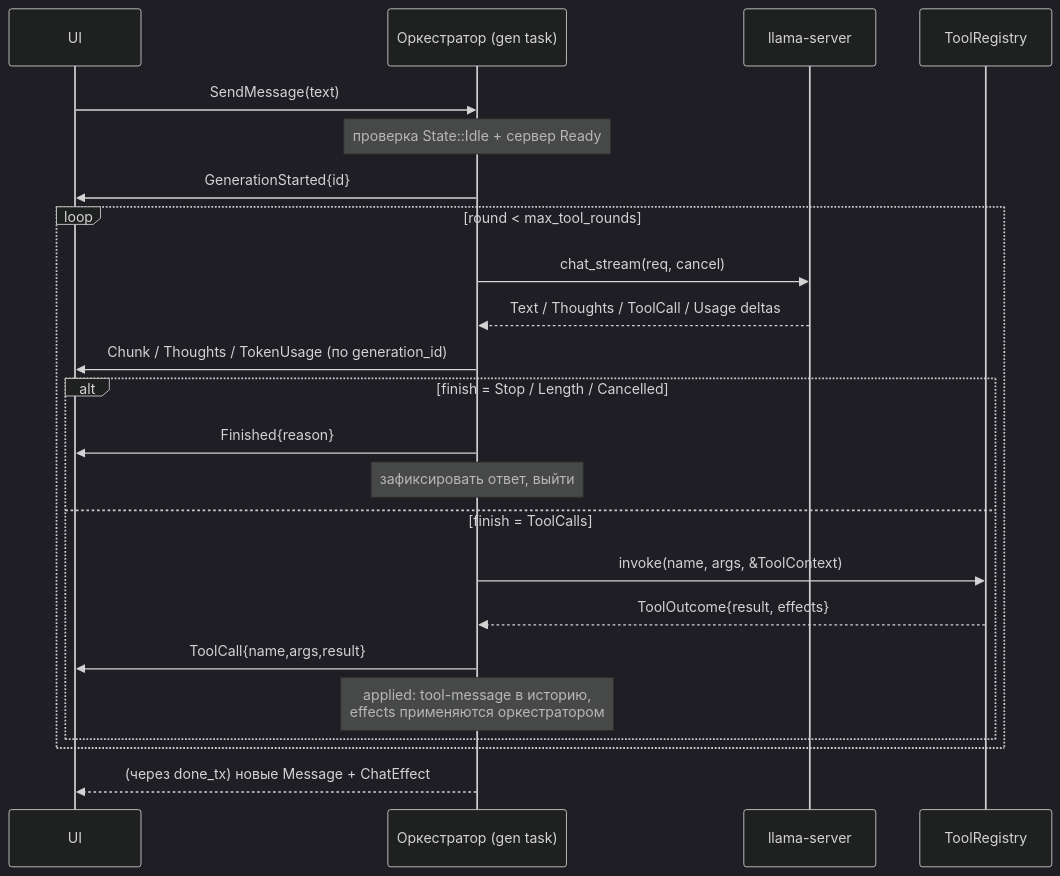
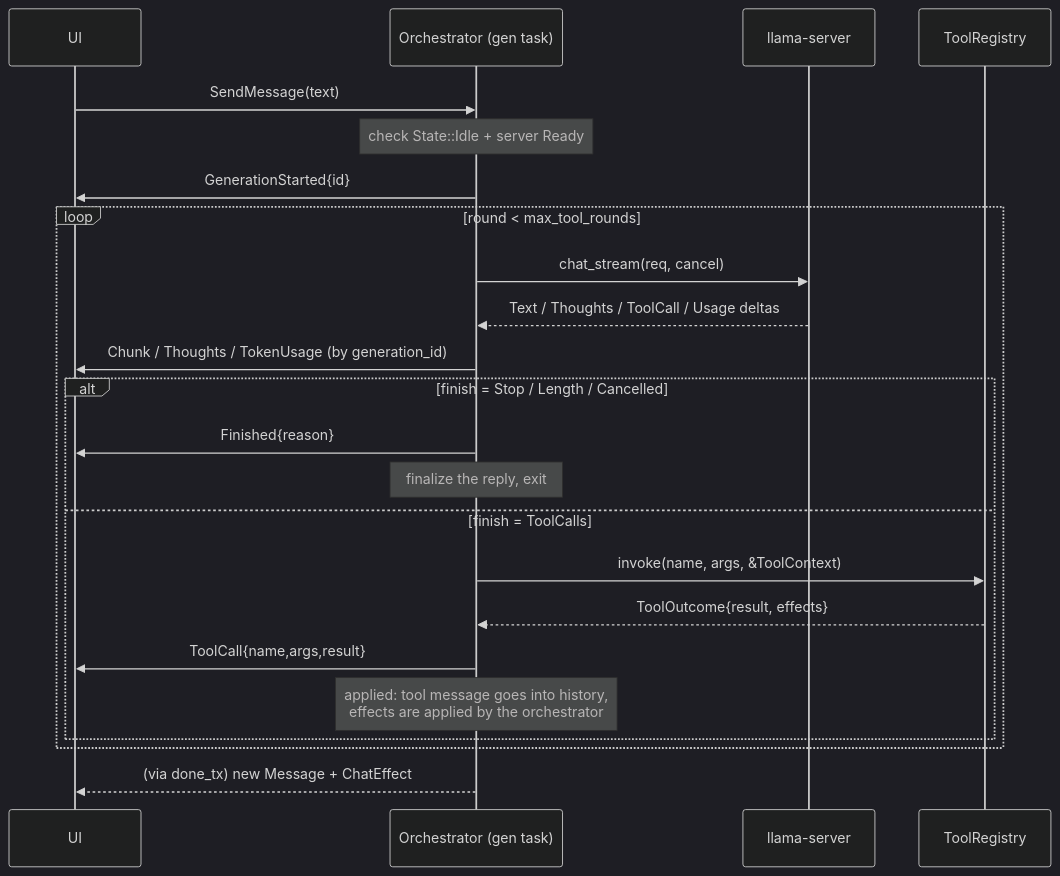
One commit to vshylov/mindfork-rs changed the fifth of 17 diagrams in docs/architecture.md. Above: the diagram before and after it, drawn with Mermaid (dark theme). The commit also changed other lines of this file and 18 other files, not shown here.

````diff
--- a/docs/architecture.md
+++ b/docs/architecture.md
@@ -479,26 +491,26 @@
 ```mermaid
 sequenceDiagram
     participant UI
-    participant ORCH as Оркестратор (gen task)
+    participant ORCH as Orchestrator (gen task)
     participant LLM as llama-server
     participant REG as ToolRegistry
 
     UI->>ORCH: SendMessage(text)
-    Note over ORCH: проверка State::Idle + сервер Ready
+    Note over ORCH: check State::Idle + server Ready
     ORCH->>UI: GenerationStarted{id}
     loop round < max_tool_rounds
         ORCH->>LLM: chat_stream(req, cancel)
         LLM-->>ORCH: Text / Thoughts / ToolCall / Usage deltas
-        ORCH->>UI: Chunk / Thoughts / TokenUsage (по generation_id)
+        ORCH->>UI: Chunk / Thoughts / TokenUsage (by generation_id)
         alt finish = Stop / Length / Cancelled
             ORCH->>UI: Finished{reason}
-            Note over ORCH: зафиксировать ответ, выйти
+            Note over ORCH: finalize the reply, exit
         else finish = ToolCalls
             ORCH->>REG: invoke(name, args, &ToolContext)
             REG-->>ORCH: ToolOutcome{result, effects}
             ORCH->>UI: ToolCall{name,args,result}
-            Note over ORCH: applied: tool-message в историю,<br/>effects применяются оркестратором
+            Note over ORCH: applied: tool message goes into history,<br/>effects are applied by the orchestrator
         end
     end
-    ORCH-->>UI: (через done_tx) новые Message + ChatEffect
+    ORCH-->>UI: (via done_tx) new Message + ChatEffect
 ```
````
